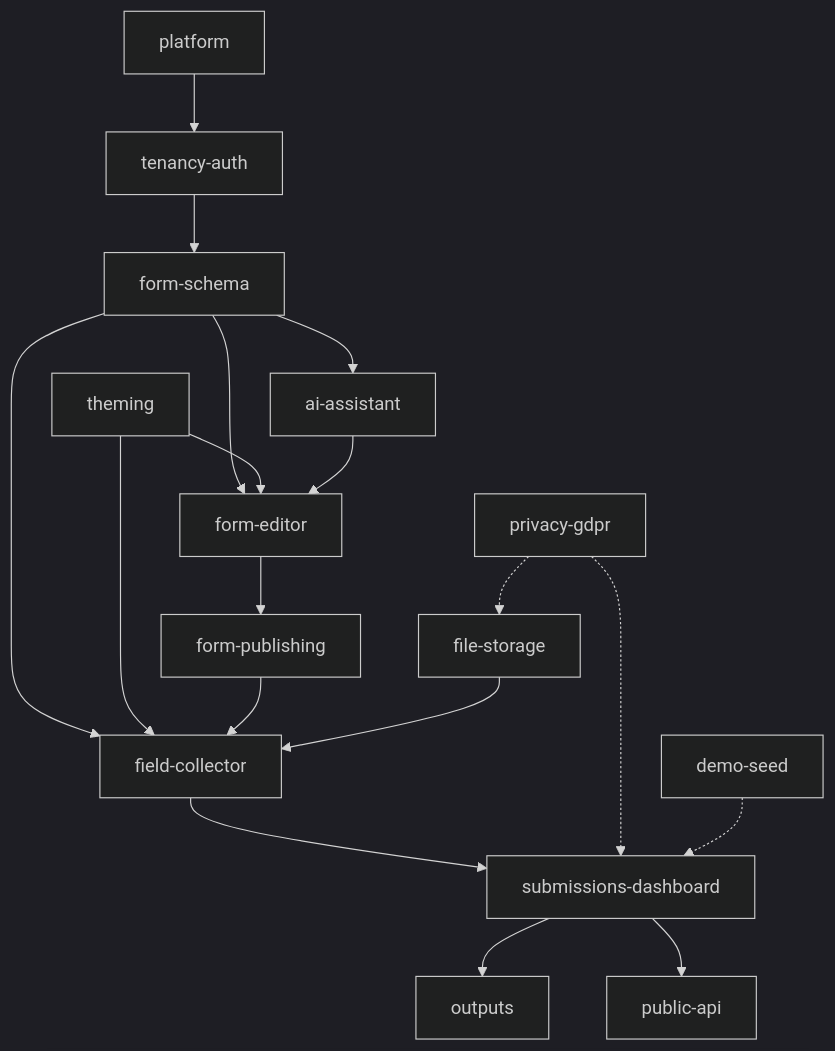
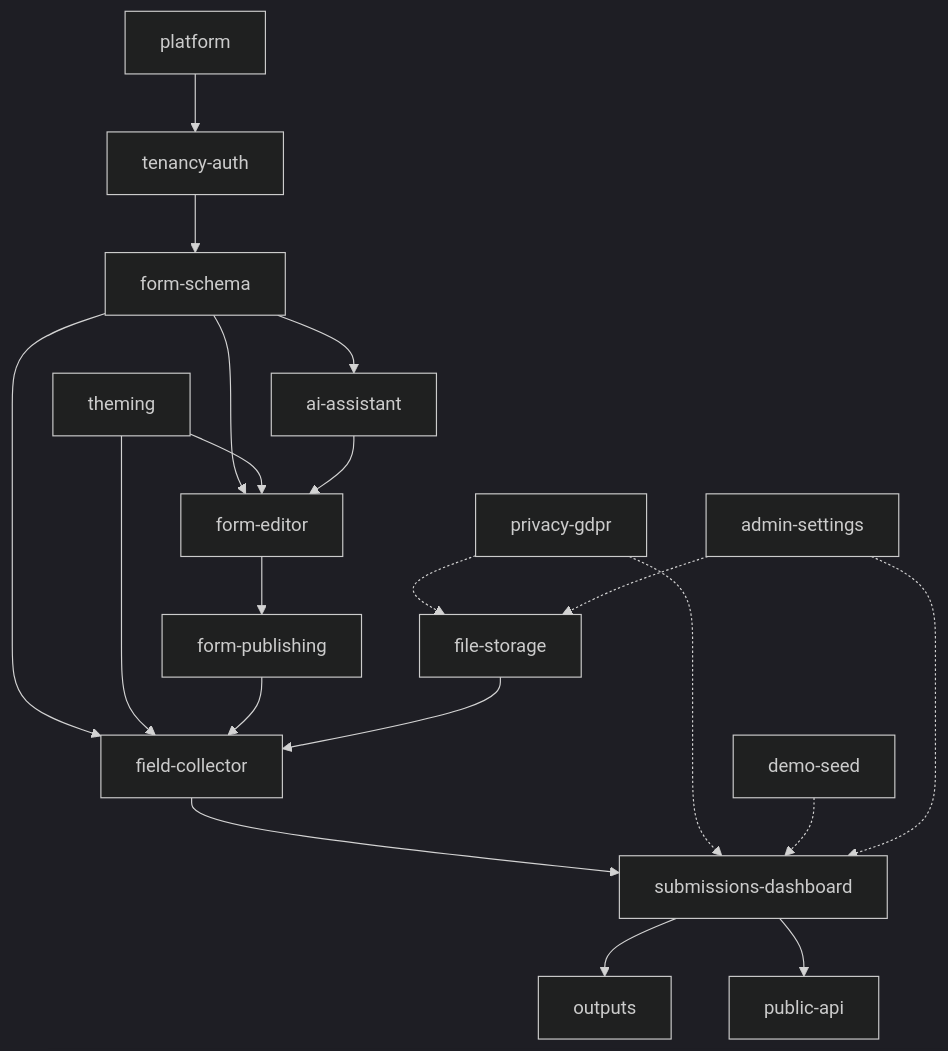
One commit to gallegovela/generic-data-collector changed the diagram in specs/README.md. Above: the diagram before and after it, drawn with Mermaid (dark theme). The commit also changed other lines of this file and 7 other files, not shown here.

Commit message:
docs(admin-settings): add module spec, design and test plan for usage plans (#40)

````diff
--- a/specs/README.md
+++ b/specs/README.md
@@ -12,20 +12,22 @@
 ```mermaid
 flowchart TD
   PLT[platform] --> AUT[tenancy-auth]
   AUT --> FSC[form-schema]
   FSC --> EDT[form-editor]
   FSC --> AI[ai-assistant]
   FSC --> COL[field-collector]
   THM[theming] --> EDT
   THM --> COL
   EDT --> PUB[form-publishing]
   AI --> EDT
   PUB --> COL
   STO[file-storage] --> COL
   COL --> SUB[submissions-dashboard]
   SUB --> OUT[outputs]
   SUB --> API[public-api]
   GDPR[privacy-gdpr] -.-> SUB
   GDPR -.-> STO
   SEED[demo-seed] -.-> SUB
+  SET[admin-settings] -.-> SUB
+  SET -.-> STO
 ```
````
